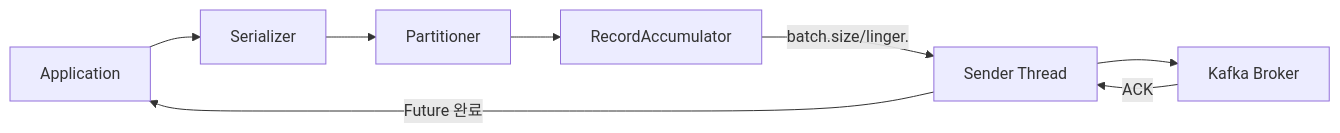
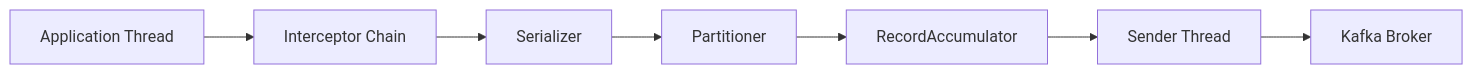
Before and after one commit to yjkim2015/yjkim2015.github.io: the first of 2 diagrams in _posts/kafka/2026-05-01-kafka-producer-deep.md, drawn with Mermaid. The commit also changed other lines of this file and 4 other files, not shown here.

````diff
--- a/_posts/kafka/2026-05-01-kafka-producer-deep.md
+++ b/_posts/kafka/2026-05-01-kafka-producer-deep.md
@@ -35,7 +22,9 @@
 ```mermaid
-flowchart LR
-    APP["Application"] --> SER["Serializer"] --> PART["Partitioner"] --> ACC["RecordAccumulator"]
-    ACC -->|"batch.size/linger."| SEND["Sender Thread"]
-    SEND --> BROKER["Kafka Broker"] -->|ACK| SEND
-    SEND -->|"Future 완료"| APP
+graph LR
+    APP["Application Thread"] --> IC["Interceptor Chain"]
+    IC --> SER["Serializer"]
+    SER --> PART["Partitioner"]
+    PART --> ACC["RecordAccumulator"]
+    ACC --> SEND["Sender Thread"]
+    SEND --> BROKER["Kafka Broker"]
 ```
````
